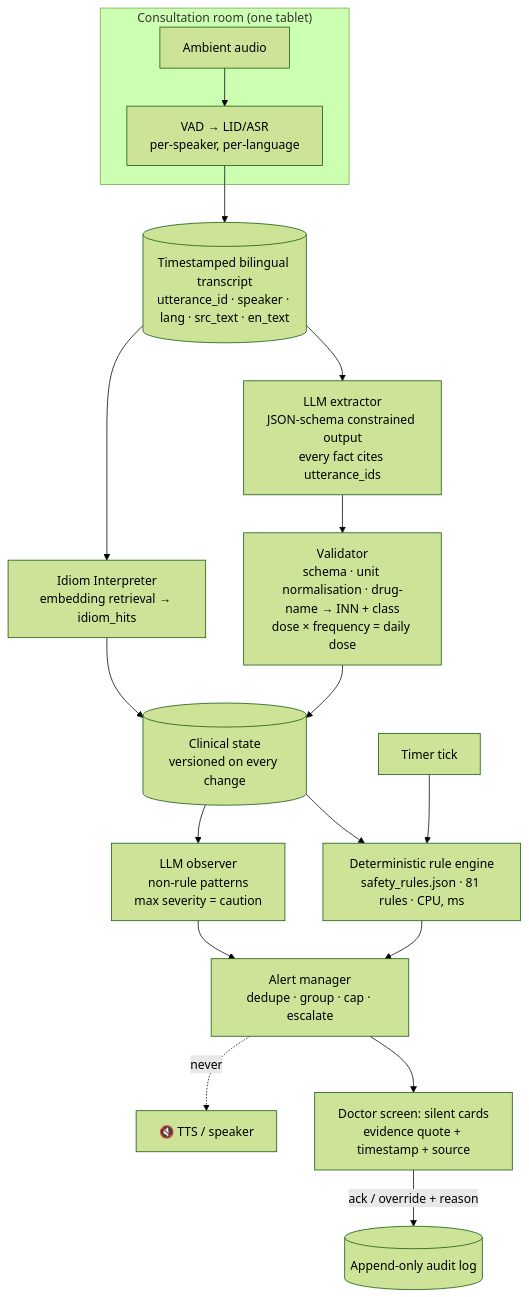
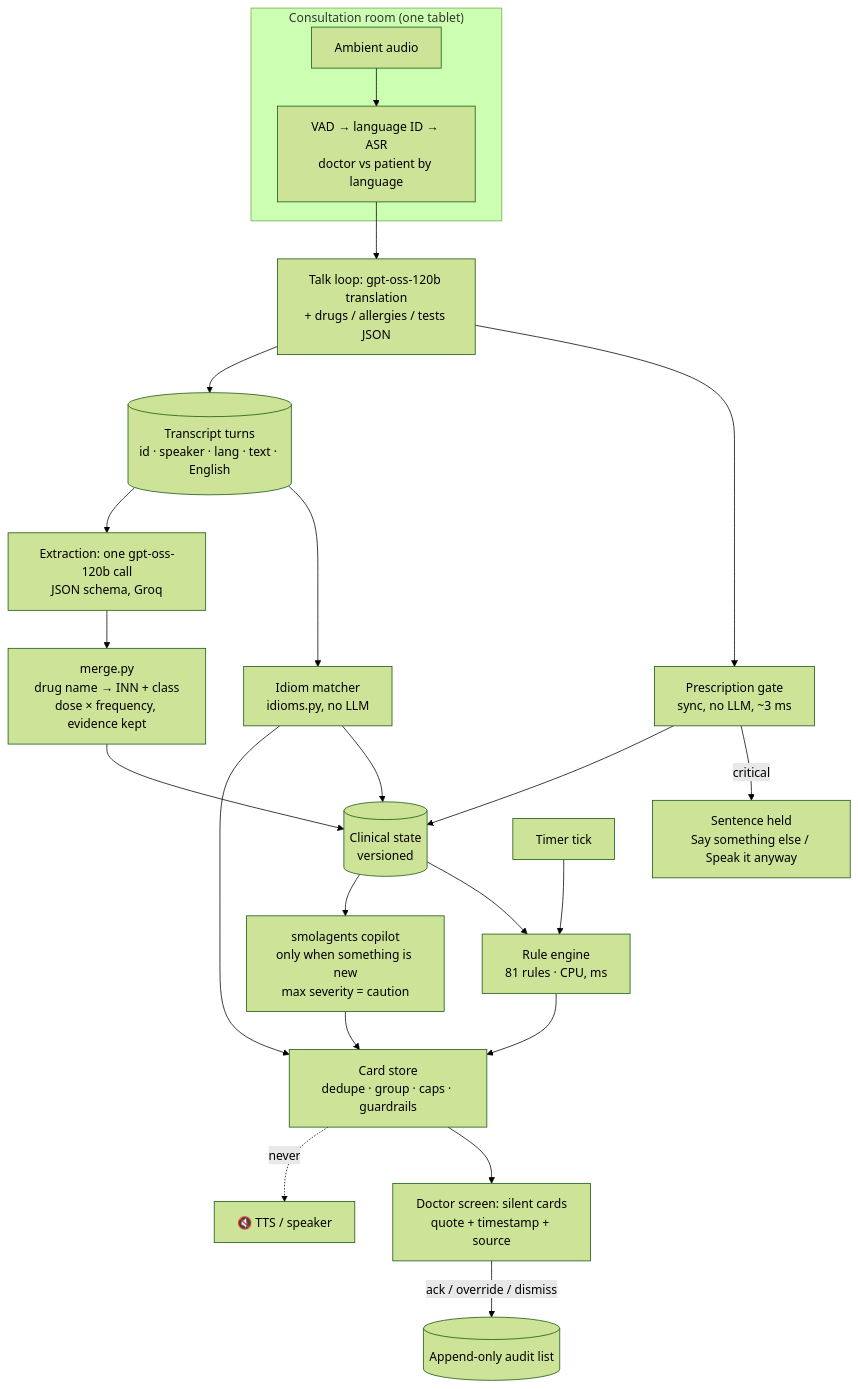
The second of 2 diagrams in docs/05-clinical-safety-and-cultural-intelligence.md (diyorbekibragimov/BayanAI), drawn with Mermaid (forest theme) before and after one commit. The commit also changed other lines of this file and 91 other files, not shown here.

````diff
--- a/docs/05-clinical-safety-and-cultural-intelligence.md
+++ b/docs/05-clinical-safety-and-cultural-intelligence.md
@@ -122,20 +151,25 @@
 ```mermaid
 flowchart TB
   subgraph Room["Consultation room (one tablet)"]
-    MIC[Ambient audio] --> ASR[VAD → LID/ASR<br/>per-speaker, per-language]
+    MIC[Ambient audio] --> ASR[VAD → language ID → ASR<br/>doctor vs patient by language]
   end
-  ASR --> TX[(Timestamped bilingual transcript<br/>utterance_id · speaker · lang · src_text · en_text)]
-  TX --> EXT[LLM extractor<br/>JSON-schema constrained output<br/>every fact cites utterance_ids]
-  TX --> IDI[Idiom Interpreter<br/>embedding retrieval → idiom_hits]
-  EXT --> VAL[Validator<br/>schema · unit normalisation · drug-name → INN + class<br/>dose × frequency = daily dose]
+  ASR --> TR[Talk loop: gpt-oss-120b translation<br/>+ drugs / allergies / tests JSON]
+  TR --> GATE[Prescription gate<br/>sync, no LLM, ~3 ms]
+  GATE -- critical --> HOLD[Sentence held<br/>Say something else / Speak it anyway]
+  TR --> TX[(Transcript turns<br/>id · speaker · lang · text · English)]
+  TX --> IDI[Idiom matcher<br/>idioms.py, no LLM]
+  TX --> EXT[Extraction: one gpt-oss-120b call<br/>JSON schema, Groq]
+  EXT --> VAL[merge.py<br/>drug name → INN + class<br/>dose × frequency, evidence kept]
   IDI --> STATE
-  VAL --> STATE[(Clinical state<br/>versioned on every change)]
-  STATE --> ENG[Deterministic rule engine<br/>safety_rules.json · 81 rules · CPU, ms]
-  STATE --> OBS[LLM observer<br/>non-rule patterns<br/>max severity = caution]
+  VAL --> STATE[(Clinical state<br/>versioned)]
+  GATE --> STATE
+  STATE --> ENG[Rule engine<br/>81 rules · CPU, ms]
   CLK[Timer tick] --> ENG
-  ENG --> AF[Alert manager<br/>dedupe · group · cap · escalate]
-  OBS --> AF
-  AF --> UI[Doctor screen: silent cards<br/>evidence quote + timestamp + source]
-  UI -- ack / override + reason --> AUD[(Append-only audit log)]
-  AF -. never .-> TTS[🔇 TTS / speaker]
+  ENG --> CS[Card store<br/>dedupe · group · caps · guardrails]
+  IDI --> CS
+  STATE --> AG[smolagents copilot<br/>only when something is new<br/>max severity = caution]
+  AG --> CS
+  CS --> UI[Doctor screen: silent cards<br/>quote + timestamp + source]
+  UI -- ack / override / dismiss --> AUD[(Append-only audit list)]
+  CS -. never .-> TTS[🔇 TTS / speaker]
 ```
````
